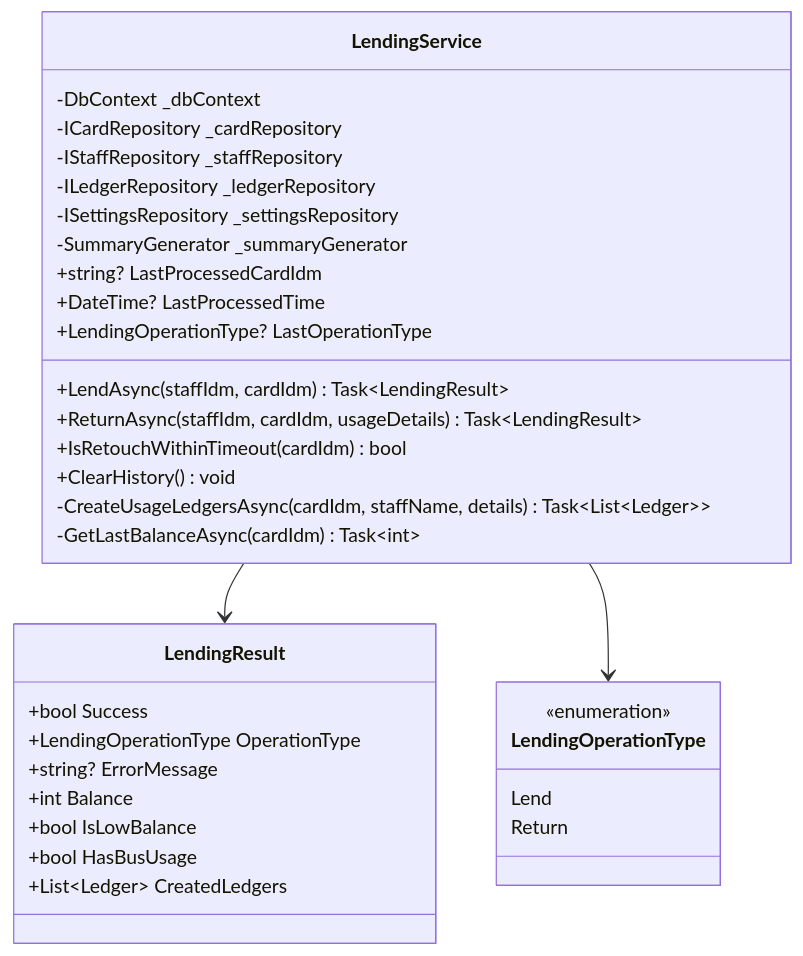
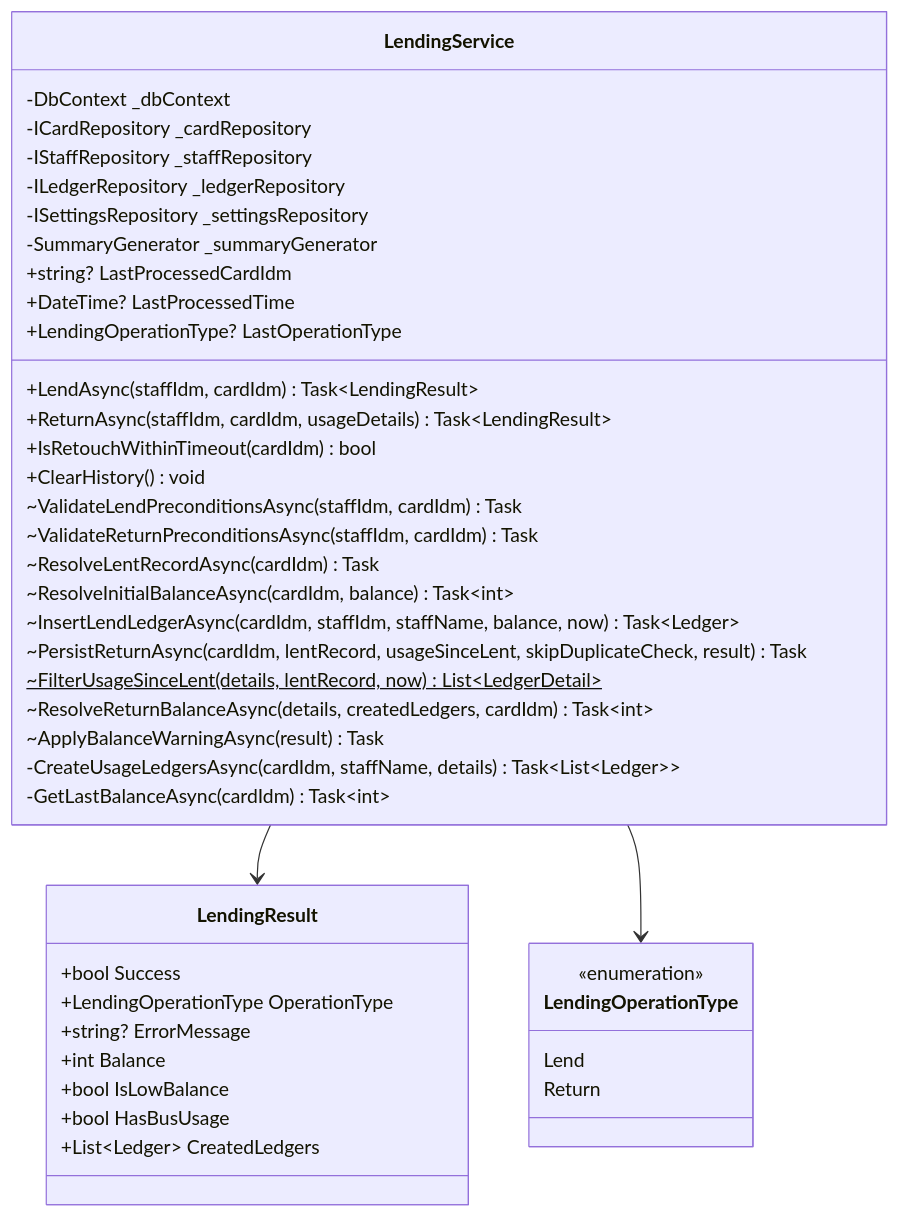
The fourth of 43 diagrams in ICCardManager/docs/design/05_クラス設計書.md (kuwayamamasayuki/ICCardManager), drawn with Mermaid before and after one commit. The commit also changed other lines of this file and 1 other file, not shown here.

Commit message:
docs: 設計書に LendingService ヘルパー抽出を反映 (Issue #1283)
- 05_クラス設計書: LendingService クラス図に抽出した internal ヘルパー 9 個を追加
- 07_テスト設計書: UT-017i 新設で LendingServiceHelperTests の 23 件を文書化

````diff
--- a/ICCardManager/docs/design/05_クラス設計書.md
+++ b/ICCardManager/docs/design/05_クラス設計書.md
@@ -365,39 +367,48 @@
 ```mermaid
 classDiagram
     class LendingService {
         -DbContext _dbContext
         -ICardRepository _cardRepository
         -IStaffRepository _staffRepository
         -ILedgerRepository _ledgerRepository
         -ISettingsRepository _settingsRepository
         -SummaryGenerator _summaryGenerator
         +string? LastProcessedCardIdm
         +DateTime? LastProcessedTime
         +LendingOperationType? LastOperationType
         +LendAsync(staffIdm, cardIdm) Task~LendingResult~
         +ReturnAsync(staffIdm, cardIdm, usageDetails) Task~LendingResult~
         +IsRetouchWithinTimeout(cardIdm) bool
         +ClearHistory() void
+        ~ValidateLendPreconditionsAsync(staffIdm, cardIdm) Task
+        ~ValidateReturnPreconditionsAsync(staffIdm, cardIdm) Task
+        ~ResolveLentRecordAsync(cardIdm) Task
+        ~ResolveInitialBalanceAsync(cardIdm, balance) Task~int~
+        ~InsertLendLedgerAsync(cardIdm, staffIdm, staffName, balance, now) Task~Ledger~
+        ~PersistReturnAsync(cardIdm, lentRecord, usageSinceLent, skipDuplicateCheck, result) Task
+        ~FilterUsageSinceLent(details, lentRecord, now)$ List~LedgerDetail~
+        ~ResolveReturnBalanceAsync(details, createdLedgers, cardIdm) Task~int~
+        ~ApplyBalanceWarningAsync(result) Task
         -CreateUsageLedgersAsync(cardIdm, staffName, details) Task~List~Ledger~~
         -GetLastBalanceAsync(cardIdm) Task~int~
     }
 
     class LendingResult {
         +bool Success
         +LendingOperationType OperationType
         +string? ErrorMessage
         +int Balance
         +bool IsLowBalance
         +bool HasBusUsage
         +List~Ledger~ CreatedLedgers
     }
 
     class LendingOperationType {
         <<enumeration>>
         Lend
         Return
     }
 
     LendingService --> LendingResult
     LendingService --> LendingOperationType
 ```
````
